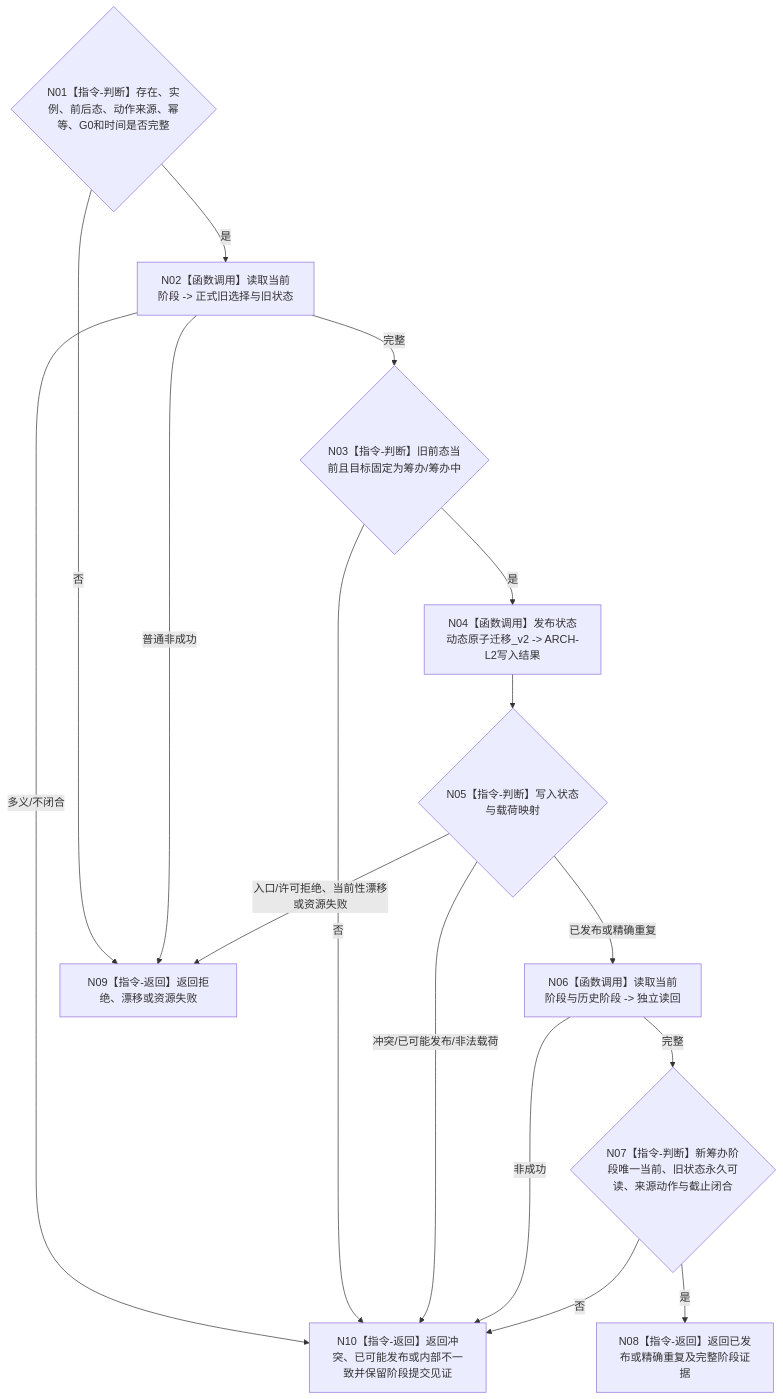
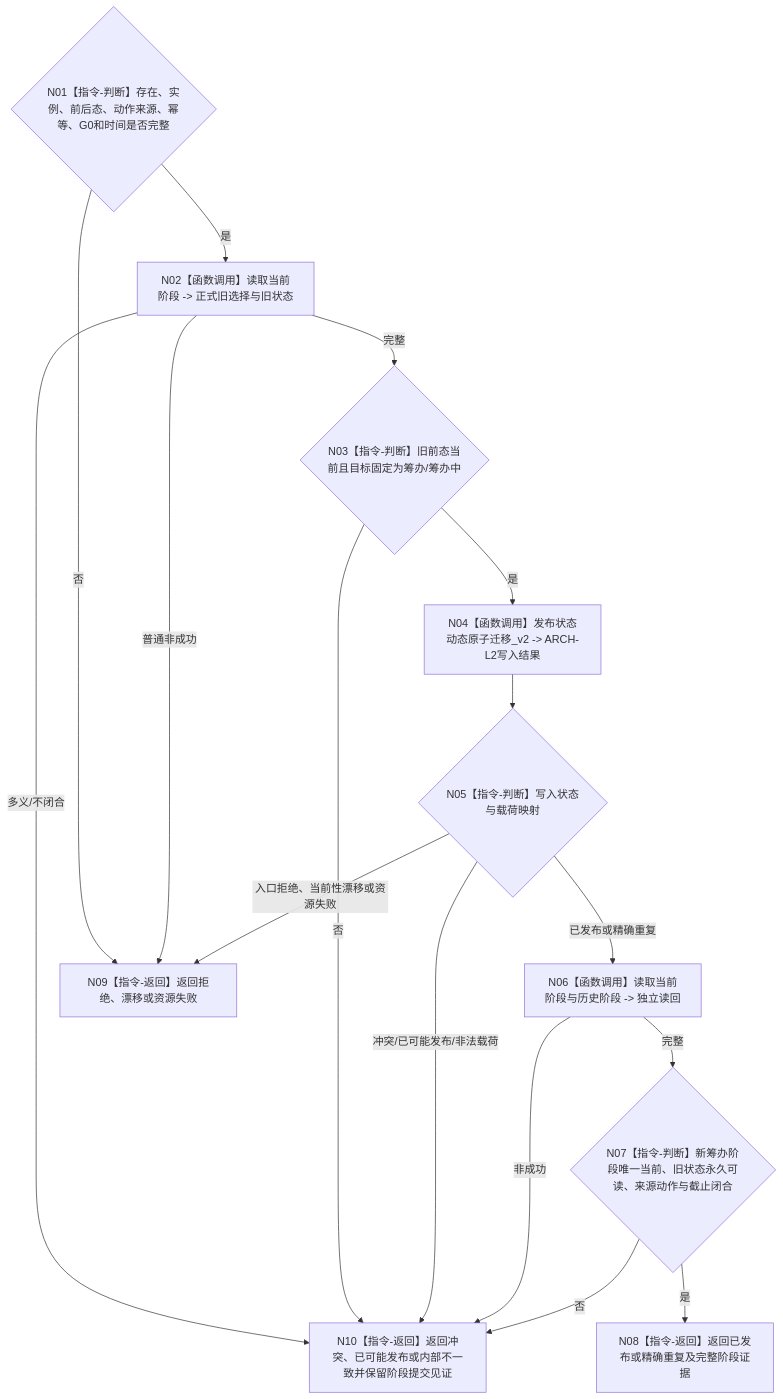
The diagram in 流程图/目标业务流程图/L4/BIZ-L4-004-16-03-01_发布并读回继续阶段迁移_目标函数流程图_v0.2.md (chunhaizh-cyber/HY-Ego), drawn with Mermaid before and after one commit. The commit also changed other lines of this file and 24 other files, not shown here.

````diff
--- a/流程图/目标业务流程图/L4/BIZ-L4-004-16-03-01_发布并读回继续阶段迁移_目标函数流程图_v0.2.md
+++ b/流程图/目标业务流程图/L4/BIZ-L4-004-16-03-01_发布并读回继续阶段迁移_目标函数流程图_v0.2.md
@@ -32,28 +32,28 @@
 ```mermaid
 flowchart TD
     N01{"N01【指令-判断】存在、实例、前后态、动作来源、幂等、G0和时间是否完整"}
     N02["N02【函数调用】读取当前阶段 -> 正式旧选择与旧状态"]
     N03{"N03【指令-判断】旧前态当前且目标固定为筹办/筹办中"}
     N04["N04【函数调用】发布状态动态原子迁移_v2 -> ARCH-L2写入结果"]
     N05{"N05【指令-判断】写入状态与载荷映射"}
     N06["N06【函数调用】读取当前阶段与历史阶段 -> 独立读回"]
     N07{"N07【指令-判断】新筹办阶段唯一当前、旧状态永久可读、来源动作与截止闭合"}
     N08["N08【指令-返回】返回已发布或精确重复及完整阶段证据"]
     N09["N09【指令-返回】返回拒绝、漂移或资源失败"]
     N10["N10【指令-返回】返回冲突、已可能发布或内部不一致并保留阶段提交见证"]
 
     N01 -->|否| N09
     N01 -->|是| N02
     N02 -->|普通非成功| N09
     N02 -->|多义/不闭合| N10
     N02 -->|完整| N03
     N03 -->|否| N10
     N03 -->|是| N04 --> N05
-    N05 -->|入口/许可拒绝、当前性漂移或资源失败| N09
+    N05 -->|入口拒绝、当前性漂移或资源失败| N09
     N05 -->|冲突/已可能发布/非法载荷| N10
     N05 -->|已发布或精确重复| N06
     N06 -->|非成功| N10
     N06 -->|完整| N07
     N07 -->|否| N10
     N07 -->|是| N08
 ```
````
